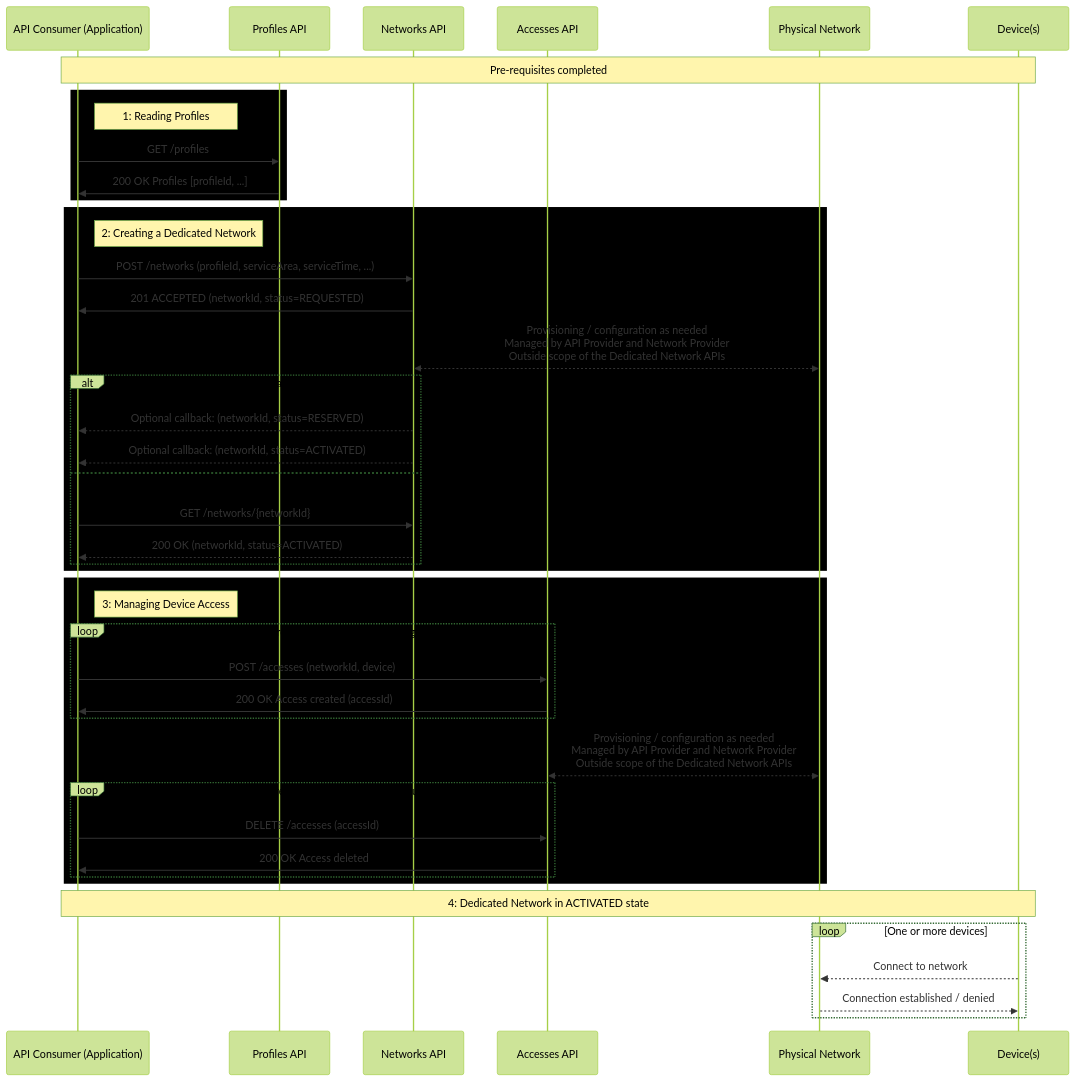
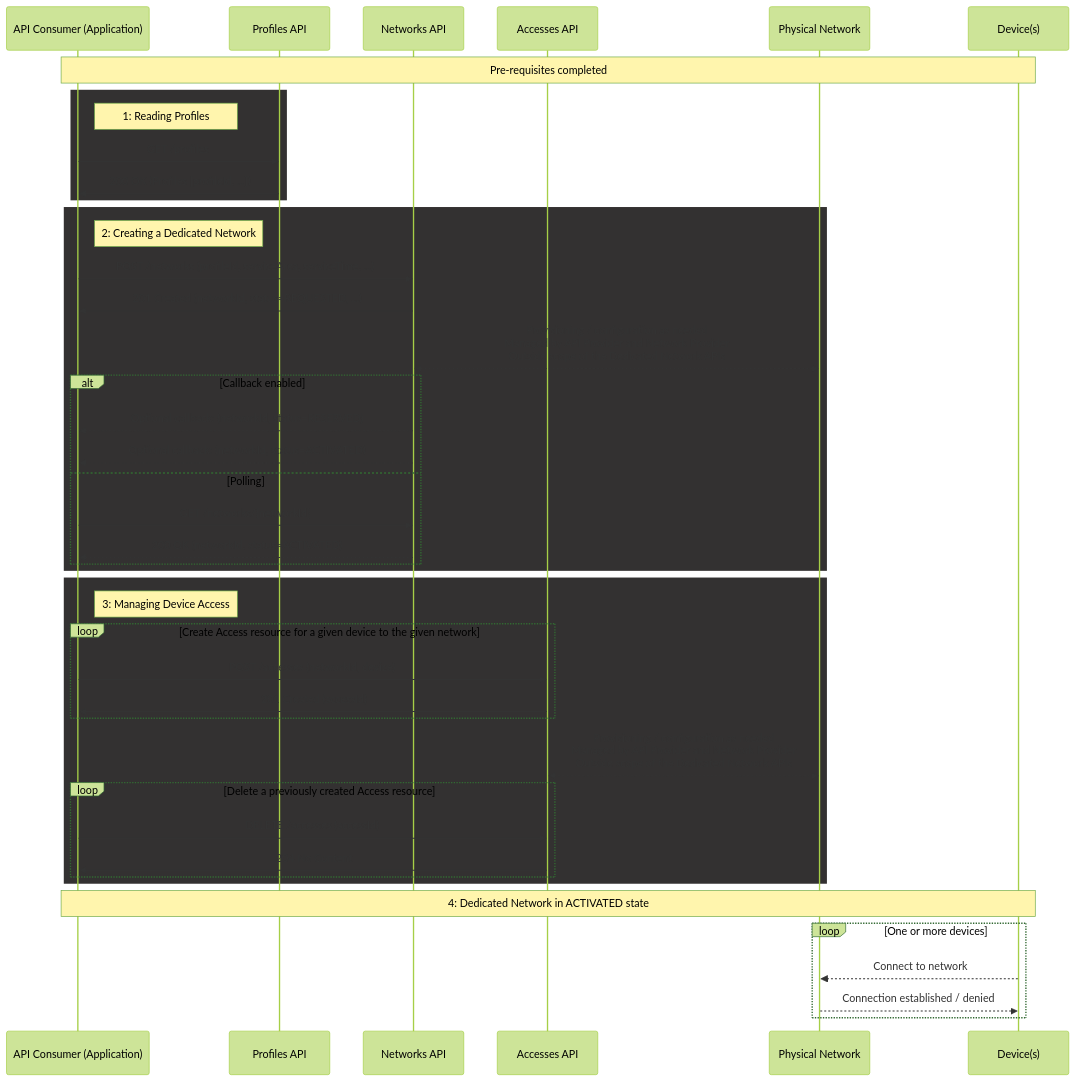
One commit to tlohmar/DedicatedNetworks changed the second of 3 diagrams in documentation/API_documentation/DedicatedNetworks_GeneralDescription.md. Above: the diagram before and after it, drawn with Mermaid (forest theme).

Commit message:
Improving Figure readability for different browser appearance themes (e.g. day or night theme). Correcting HTTP status codes and status messages.

````diff
--- a/documentation/API_documentation/DedicatedNetworks_GeneralDescription.md
+++ b/documentation/API_documentation/DedicatedNetworks_GeneralDescription.md
@@ -100,45 +100,47 @@
 ```mermaid
+
 sequenceDiagram
     participant App as API Consumer (Application)
     participant P as Profiles API
     participant N as Networks API
     participant A as Accesses API
     participant Network as Physical Network
     participant D as Device(s)
     Note over App,D: Pre-requisites completed
-    rect black
+    
+    rect rgba(51, 49, 49, 1)
         note right of App: 1: Reading Profiles
         App->>P: GET /profiles
-        P->>App: 200 OK Profiles [profileId, ...]
+        P->>App: 200 OK (Profiles [profileId, ...])
     end
-    rect black
+    rect rgba(51, 49, 49, 1)
         note right of App: 2: Creating a Dedicated Network
         App->>N: POST /networks (profileId, serviceArea, serviceTime, ...)
-        N->>App: 201 ACCEPTED (networkId, status=REQUESTED)
+        N->>App: 201 Created (networkId, status=REQUESTED, ...)
          N <<-->> Network: Provisioning / configuration as needed<br> Managed by API Provider and Network Provider<br>  Outside scope of the Dedicated Network APIs
         alt Callback enabled
             N-->>App: Optional callback: (networkId, status=RESERVED)
             N-->>App: Optional callback: (networkId, status=ACTIVATED)
         else Polling
             App->>N: GET /networks/{networkId}
             N-->>App: 200 OK (networkId, status=ACTIVATED)
         end
     end
-    rect black
+    rect rgba(51, 49, 49, 1)
         note right of App: 3: Managing Device Access
         loop Create Access resource for a given device to the given network
             App->>A: POST /accesses (networkId, device)
-            A->>App: 200 OK Access created (accessId)
+            A->>App: 201 Created (accessId)
         end
         A <<-->> Network: Provisioning / configuration as needed<br> Managed by API Provider and Network Provider<br>  Outside scope of the Dedicated Network APIs
         loop Delete a previously created Access resource
             App->>A: DELETE /accesses (accessId)
-            A->>App: 200 OK Access deleted
+            A->>App: 204 No Content
         end
     end
     Note over App,D: 4: Dedicated Network in ACTIVATED state
     loop One or more devices
         D-->>Network: Connect to network
         Network-->>D: Connection established / denied
     end
 ```
````
